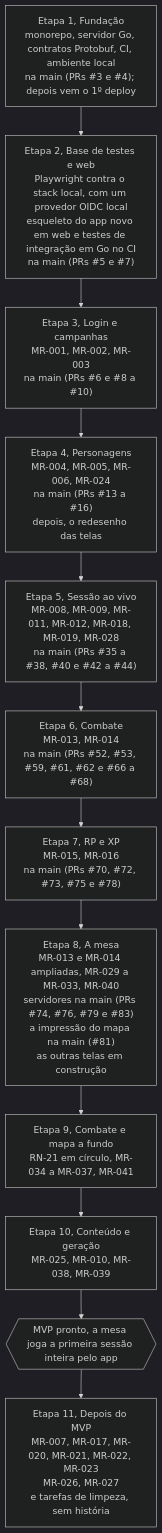
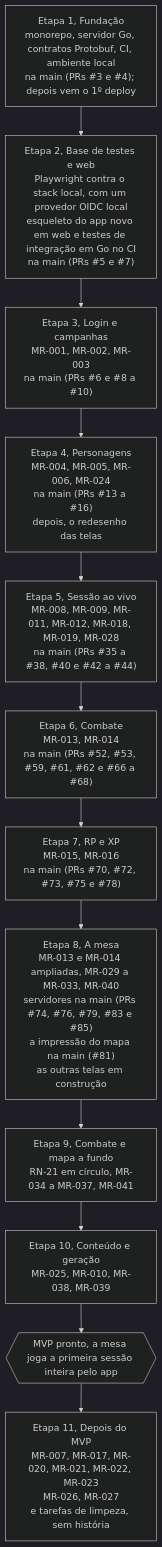
Before and after one commit to PuraFome/meuRPG: the diagram in docs/roadmap.md, drawn with Mermaid (dark theme). The commit also changed other lines of this file, not shown here.

Commit message:
docs(roadmap): scene options and session summary on the server
Claude-Session: https://claude.ai/code/session_01Seit6LBSkxQn8g3dqupMEM

````diff
--- a/docs/roadmap.md
+++ b/docs/roadmap.md
@@ -5,17 +5,17 @@
 ```mermaid
 flowchart TD
     E1["Etapa 1, Fundação<br/>monorepo, servidor Go, contratos Protobuf, CI, ambiente local<br/>na main (PRs #3 e #4); depois vem o 1º deploy"]
     E2["Etapa 2, Base de testes e web<br/>Playwright contra o stack local, com um provedor OIDC local<br/>esqueleto do app novo em web e testes de integração em Go no CI<br/>na main (PRs #5 e #7)"]
     E3["Etapa 3, Login e campanhas<br/>MR-001, MR-002, MR-003<br/>na main (PRs #6 e #8 a #10)"]
     E4["Etapa 4, Personagens<br/>MR-004, MR-005, MR-006, MR-024<br/>na main (PRs #13 a #16)<br/>depois, o redesenho das telas"]
     E5["Etapa 5, Sessão ao vivo<br/>MR-008, MR-009, MR-011, MR-012, MR-018, MR-019, MR-028<br/>na main (PRs #35 a #38, #40 e #42 a #44)"]
     E6["Etapa 6, Combate<br/>MR-013, MR-014<br/>na main (PRs #52, #53, #59, #61, #62 e #66 a #68)"]
     E7["Etapa 7, RP e XP<br/>MR-015, MR-016<br/>na main (PRs #70, #72, #73, #75 e #78)"]
-    E8["Etapa 8, A mesa<br/>MR-013 e MR-014 ampliadas, MR-029 a MR-033, MR-040<br/>servidores na main (PRs #74, #76, #79 e #83)<br/>a impressão do mapa na main (#81)<br/>as outras telas em construção"]
+    E8["Etapa 8, A mesa<br/>MR-013 e MR-014 ampliadas, MR-029 a MR-033, MR-040<br/>servidores na main (PRs #74, #76, #79, #83 e #85)<br/>a impressão do mapa na main (#81)<br/>as outras telas em construção"]
     E9["Etapa 9, Combate e mapa a fundo<br/>RN-21 em círculo, MR-034 a MR-037, MR-041"]
     E10["Etapa 10, Conteúdo e geração<br/>MR-025, MR-010, MR-038, MR-039"]
     MVP{{"MVP pronto, a mesa joga a primeira sessão inteira pelo app"}}
     E11["Etapa 11, Depois do MVP<br/>MR-007, MR-017, MR-020, MR-021, MR-022, MR-023<br/>MR-026, MR-027<br/>e tarefas de limpeza, sem história"]
 
     E1 --> E2 --> E3 --> E4 --> E5 --> E6 --> E7 --> E8 --> E9 --> E10 --> MVP --> E11
 ```
````
